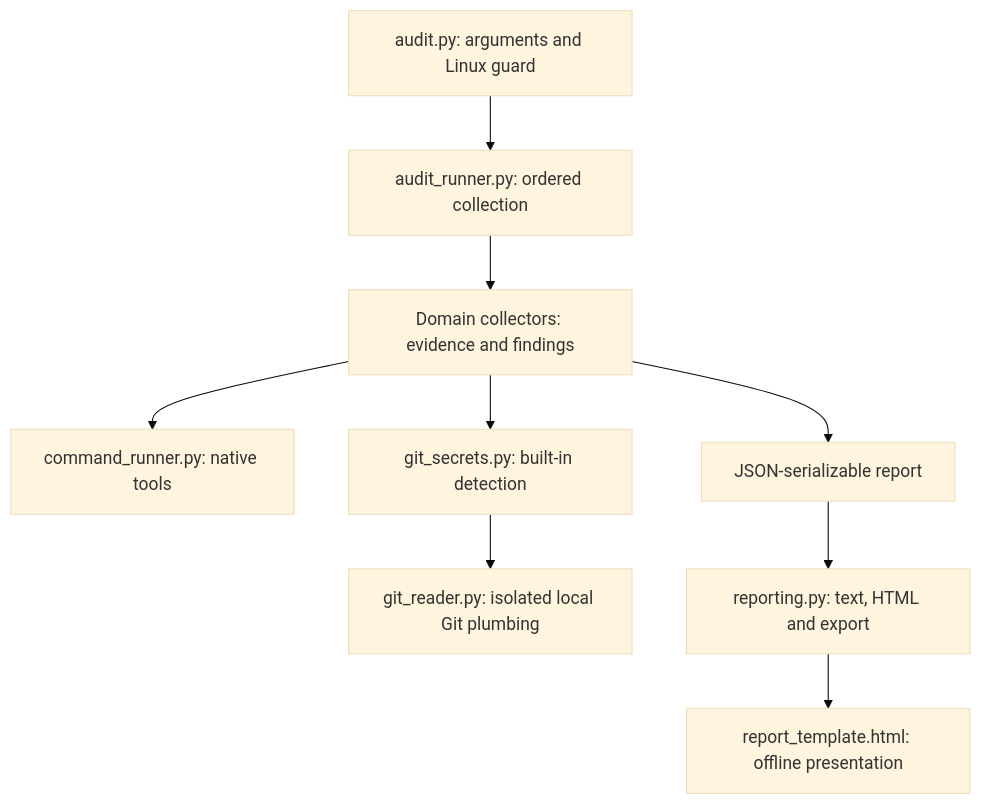
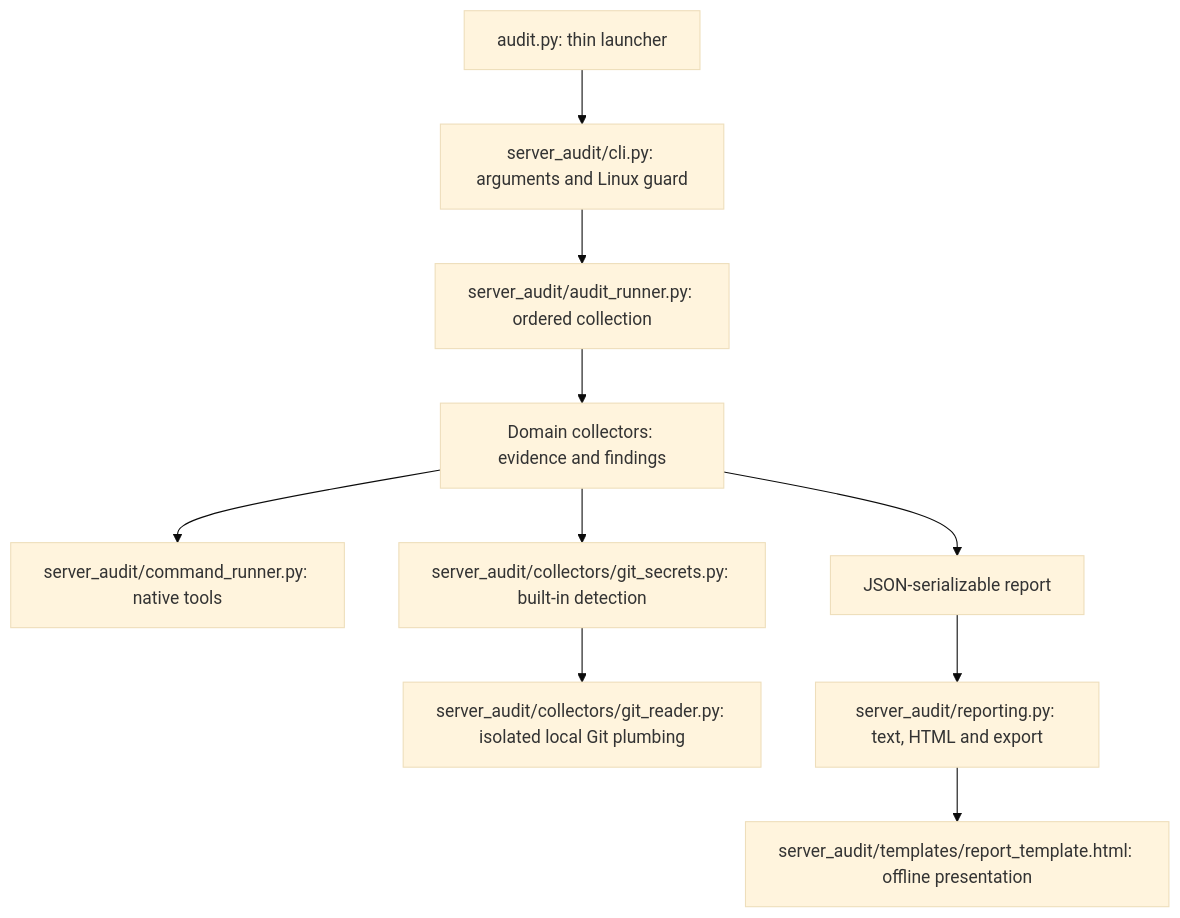
The diagram in docs/architecture.md (novakin/Server-Audit), drawn with Mermaid (base theme) before and after one commit. The commit also changed other lines of this file and 49 other files, not shown here.

First line of the commit message:
refactor: organise runtime, collectors, tests and templates

````diff
--- a/docs/architecture.md
+++ b/docs/architecture.md
@@ -47,11 +51,12 @@
 ```mermaid
 flowchart TD
-    CLI["audit.py: arguments and Linux guard"] --> Runner["audit_runner.py: ordered collection"]
+    Launcher["audit.py: thin launcher"] --> CLI["server_audit/cli.py: arguments and Linux guard"]
+    CLI --> Runner["server_audit/audit_runner.py: ordered collection"]
     Runner --> Collectors["Domain collectors: evidence and findings"]
-    Collectors --> Native["command_runner.py: native tools"]
-    Collectors --> Git["git_secrets.py: built-in detection"]
-    Git --> Reader["git_reader.py: isolated local Git plumbing"]
+    Collectors --> Native["server_audit/command_runner.py: native tools"]
+    Collectors --> Git["server_audit/collectors/git_secrets.py: built-in detection"]
+    Git --> Reader["server_audit/collectors/git_reader.py: isolated local Git plumbing"]
     Collectors --> Report["JSON-serializable report"]
-    Report --> Presentation["reporting.py: text, HTML and export"]
-    Presentation --> Template["report_template.html: offline presentation"]
+    Report --> Presentation["server_audit/reporting.py: text, HTML and export"]
+    Presentation --> Template["server_audit/templates/report_template.html: offline presentation"]
 ```
````
